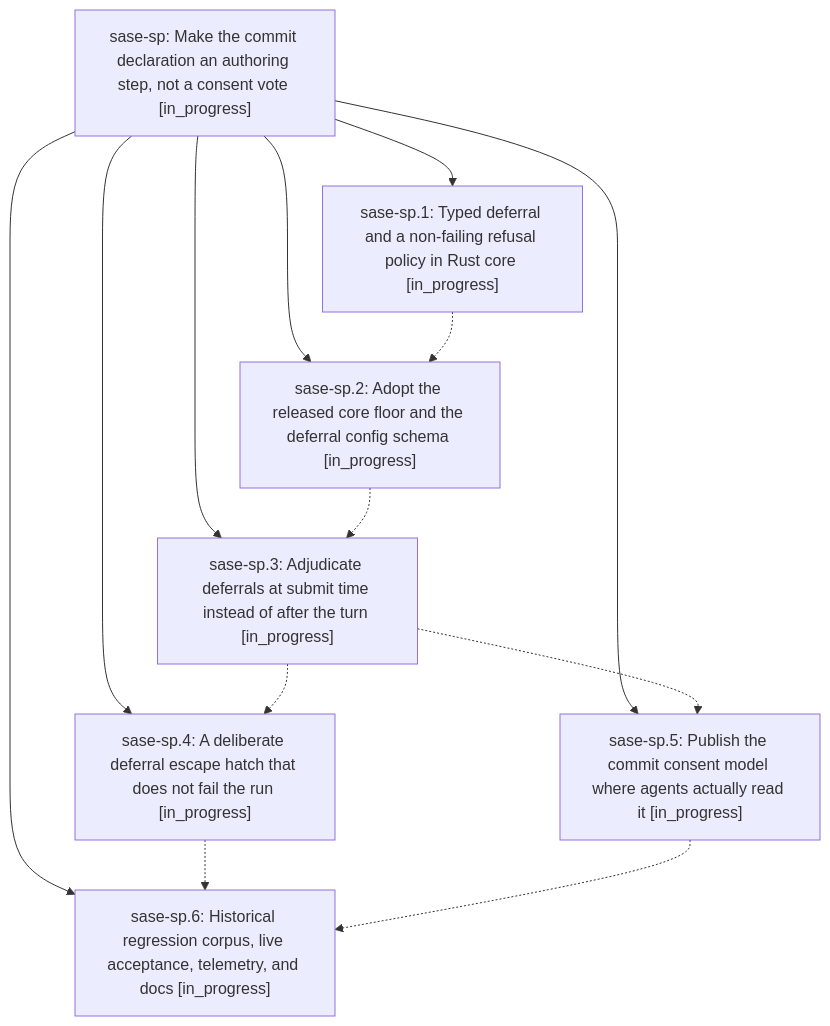
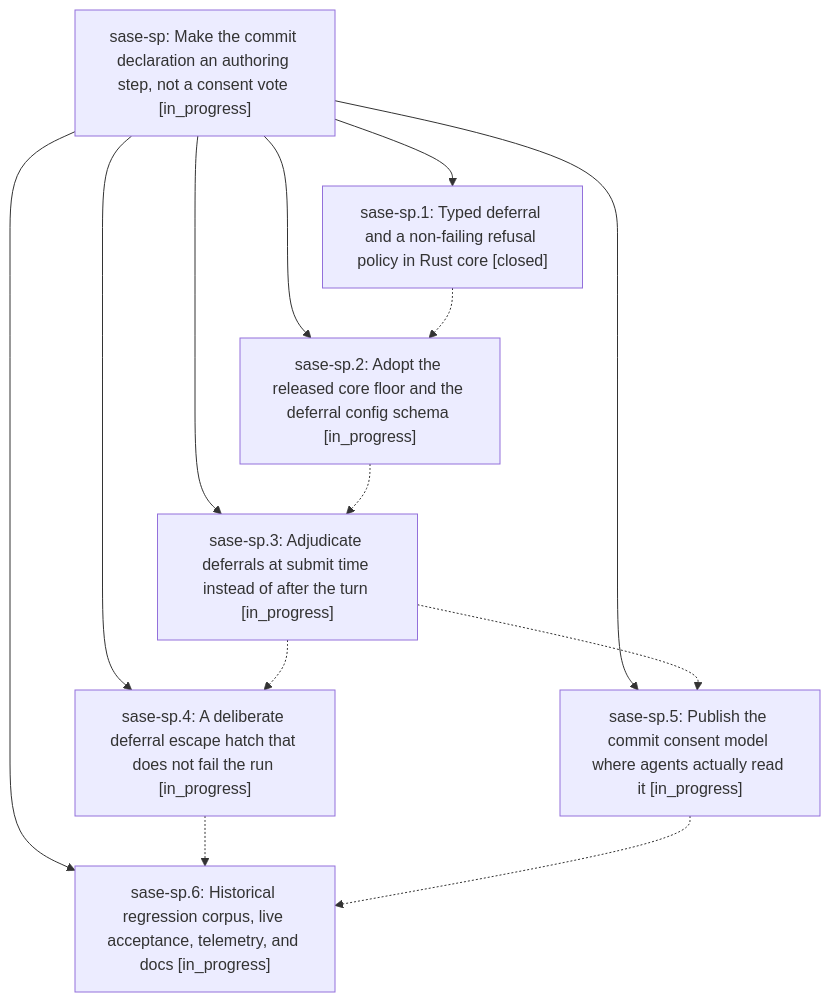
The diagram in pages/sase-sp/README.md (sase-org/sase--beads), drawn with Mermaid before and after one commit. The commit also changed other lines of this file and 2 other files, not shown here.

First line of the commit message:
chore(beads): sync bead state and pages for sase-sp

````diff
--- a/pages/sase-sp/README.md
+++ b/pages/sase-sp/README.md
@@ -27,22 +27,22 @@
 ```mermaid
 flowchart TD
     n0["sase-sp: Make the commit declaration an authoring step, not a consent vote [in_progress]"]
-    n1["sase-sp.1: Typed deferral and a non-failing refusal policy in Rust core [in_progress]"]
+    n1["sase-sp.1: Typed deferral and a non-failing refusal policy in Rust core [closed]"]
     n2["sase-sp.2: Adopt the released core floor and the deferral config schema [in_progress]"]
     n3["sase-sp.3: Adjudicate deferrals at submit time instead of after the turn [in_progress]"]
     n4["sase-sp.4: A deliberate deferral escape hatch that does not fail the run [in_progress]"]
     n5["sase-sp.5: Publish the commit consent model where agents actually read it [in_progress]"]
     n6["sase-sp.6: Historical regression corpus, live acceptance, telemetry, and docs [in_progress]"]
     n0 --> n1
     n0 --> n2
     n0 --> n3
     n0 --> n4
     n0 --> n5
     n0 --> n6
     n1 -.-> n2
     n2 -.-> n3
     n3 -.-> n4
     n3 -.-> n5
     n4 -.-> n6
     n5 -.-> n6
 ```
````
